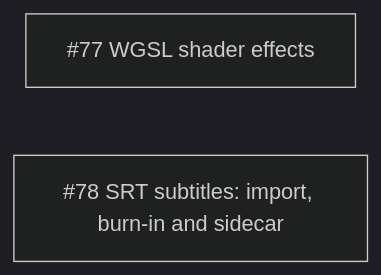
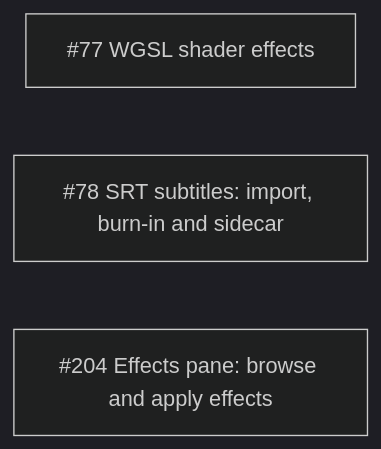
The seventh of 7 diagrams in docs/ROADMAP.md (jarradbanks/jvid), drawn with Mermaid (dark theme) before and after one commit. The commit also changed other lines of this file and 2 other files, not shown here.

Commit message:
Roadmap: effects pane, label renames

````diff
--- a/docs/ROADMAP.md
+++ b/docs/ROADMAP.md
@@ -394,5 +394,6 @@
 ```mermaid
 flowchart LR
   wgsl["#35;77 WGSL shader effects"]
   srt["#35;78 SRT subtitles: import, burn-in and sidecar"]
+  effects_pane["#35;204 Effects pane: browse and apply effects"]
 ```
````
